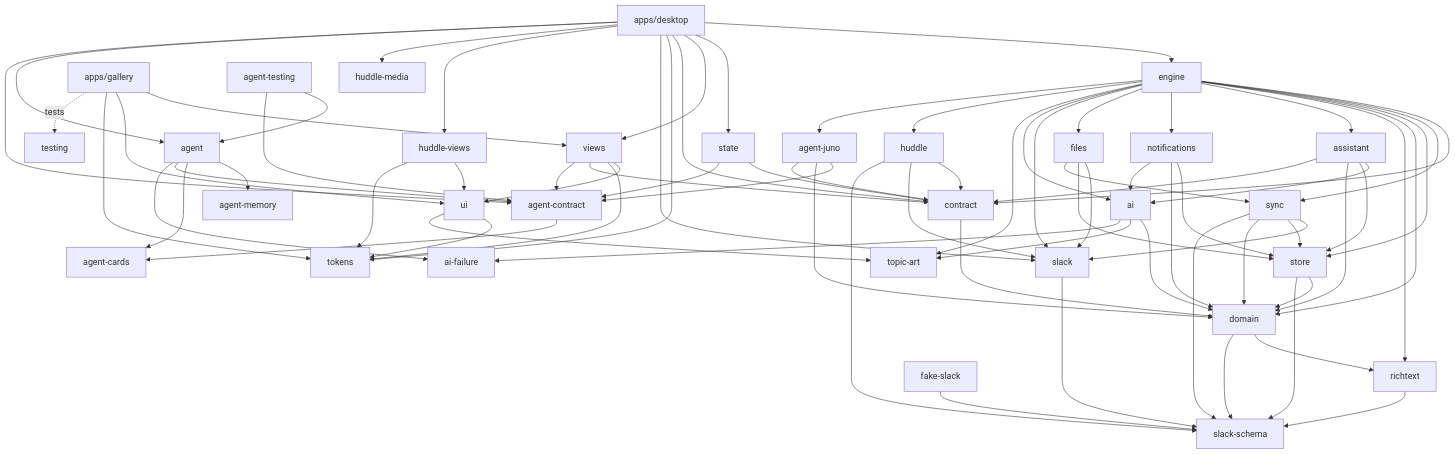
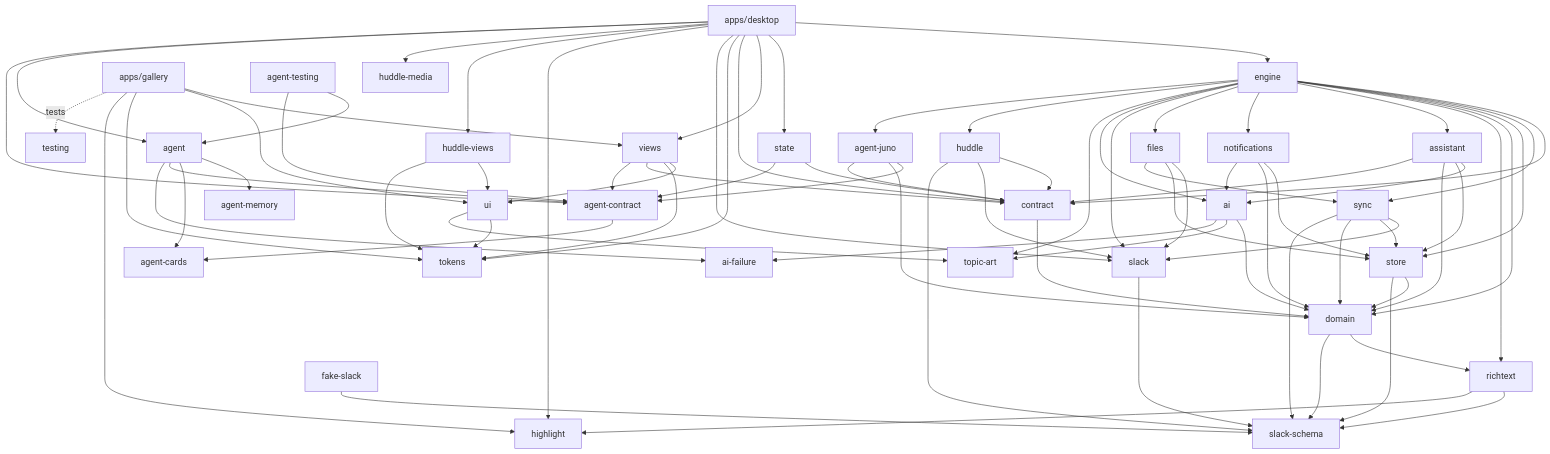
Before and after one commit to triptu/juno: the second of 2 diagrams in docs/architecture.md, drawn with Mermaid. The commit also changed other lines of this file and 5 other files, not shown here.

````diff
--- a/docs/architecture.md
+++ b/docs/architecture.md
@@ -116,37 +116,38 @@
 ```mermaid
 flowchart TD
   slack_schema[slack-schema]
-  richtext --> slack_schema
+  highlight
+  richtext --> slack_schema & highlight
   domain --> richtext & slack_schema
   contract --> domain
   slack --> slack_schema
   store --> domain & slack_schema
   sync --> slack & store & domain & slack_schema
   topic_art[topic-art]
   ai --> domain & topic_art & ai_failure[ai-failure]
   assistant --> ai & store & domain & contract
   notifications --> store & domain & ai
   files --> slack & store & sync
   engine --> contract & sync & store & domain & richtext & assistant & notifications & files & slack & ai & topic_art
   huddle --> contract & slack & slack_schema
   engine --> huddle
   fake_slack[fake-slack] --> slack_schema
   tokens
   ui --> tokens & topic_art
   views --> ui & tokens & contract
   state --> contract
-  desktop[apps/desktop] --> engine & state & views & contract & tokens & slack
+  desktop[apps/desktop] --> engine & state & views & contract & tokens & slack & highlight
   huddle_views[huddle-views] --> ui & tokens
   huddle_media[huddle-media]
   desktop --> huddle_views & huddle_media
-  gallery[apps/gallery] --> views & ui & tokens
+  gallery[apps/gallery] --> views & ui & tokens & highlight
   gallery -.tests.-> testing[testing]
   agent_contract[agent-contract] --> agent_cards[agent-cards]
   agent --> agent_memory[agent-memory] & agent_cards & agent_contract & ai_failure
   agent_juno[agent-juno] --> agent_contract & domain & contract
   agent_testing[agent-testing] --> agent & agent_contract
   engine --> agent_juno
   state --> agent_contract
   views --> agent_contract
   desktop --> agent & agent_contract
 ```
````
